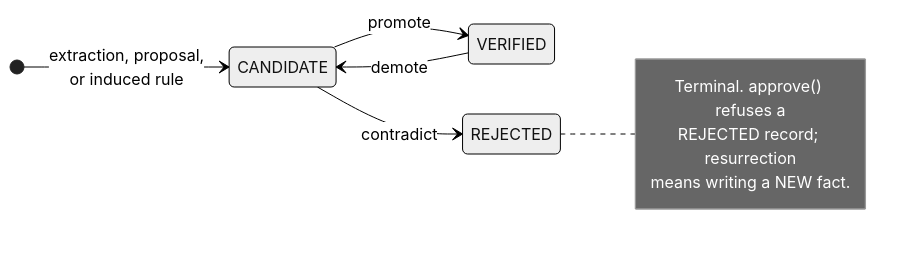
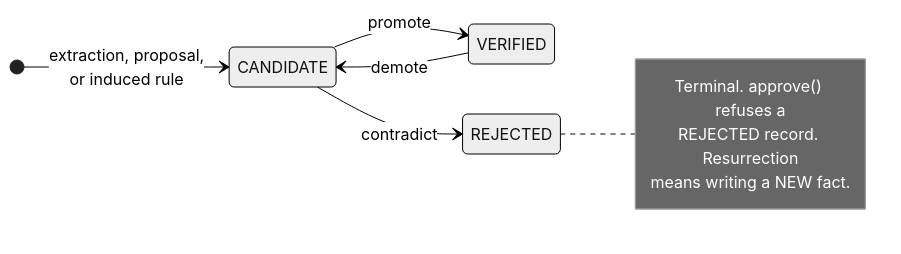
The first of 2 diagrams in content/systems/verel.md (neoneye/agent-memory-atlas), drawn with Mermaid (neutral theme) before and after one commit. The commit also changed 12 other files, not shown here.

First line of the commit message:
no_human diagram regrouped under a composite Active state; six state diagrams lose a ';' that had spawned phantom states

````diff
--- a/content/systems/verel.md
+++ b/content/systems/verel.md
@@ -84,14 +84,14 @@
 ```mermaid
 %% caption: rejected is terminal — approve refuses it, and resurrection means writing a new fact rather than reviving the old one
 stateDiagram-v2
     direction LR
     [*] --> CANDIDATE: extraction, proposal,<br/>or induced rule
     CANDIDATE --> VERIFIED: promote
     VERIFIED --> CANDIDATE: demote
     CANDIDATE --> REJECTED: contradict
     note right of REJECTED
         Terminal. approve() refuses a
-        REJECTED record; resurrection
+        REJECTED record. Resurrection
         means writing a NEW fact.
     end note
 ```
````
